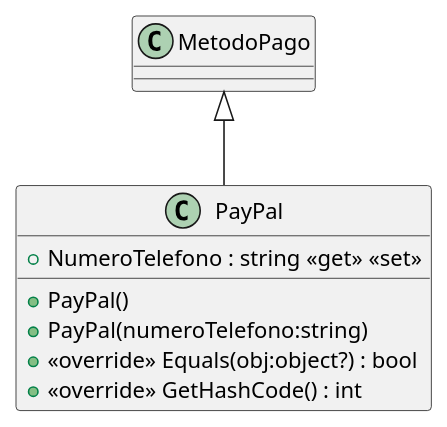
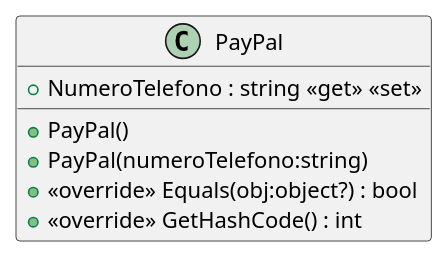
Before and after one commit to ISII2627NPA/ISII2627NPA: the diagram in src/AppForSEII.API/ClassDiagram/PayPal.puml, drawn with PlantUML. The commit also changed 11 other files, not shown here.

First line of the commit message:
101 arreglar diagramas para el caso de uso comprar libros (#102)

```diff
--- a/src/AppForSEII.API/ClassDiagram/PayPal.puml
+++ b/src/AppForSEII.API/ClassDiagram/PayPal.puml
@@ -1,10 +1,10 @@
 @startuml
 class PayPal {
     + NumeroTelefono : string <<get>> <<set>>
     + PayPal()
     + PayPal(numeroTelefono:string)
     + <<override>> Equals(obj:object?) : bool
     + <<override>> GetHashCode() : int
 }
-MetodoPago <|-- PayPal
+
 @enduml
```
